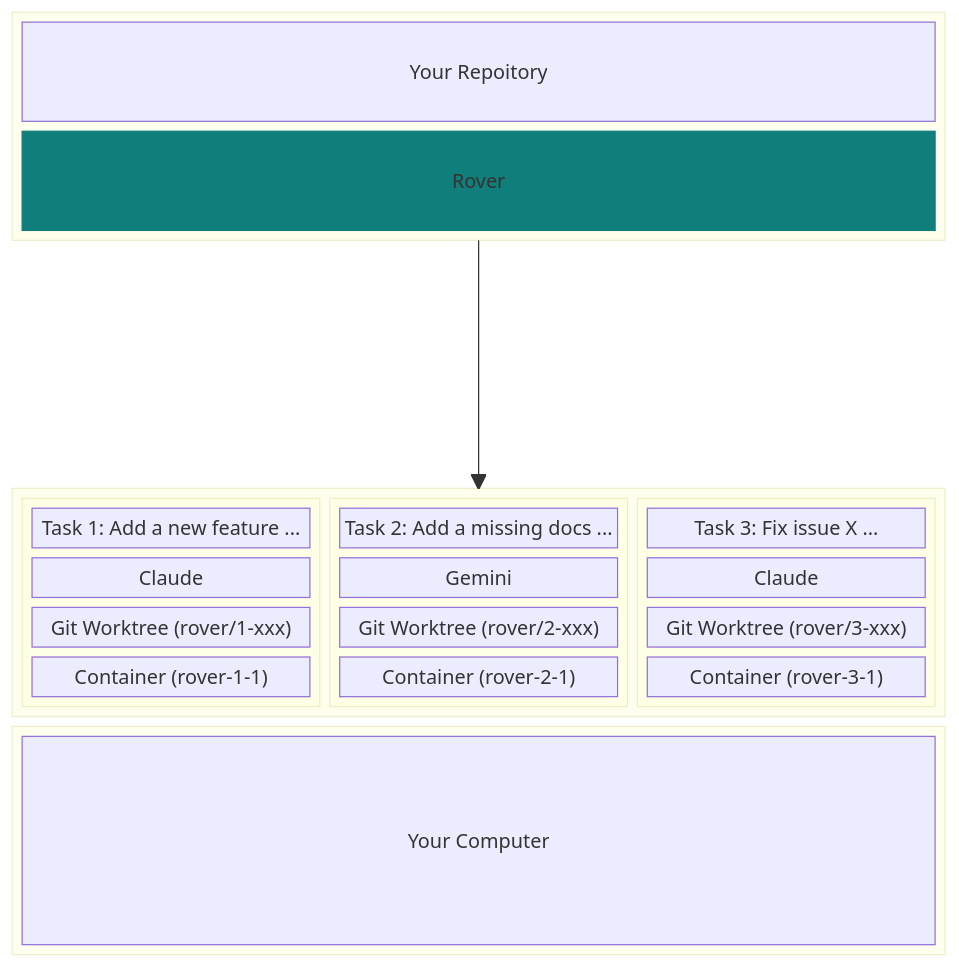
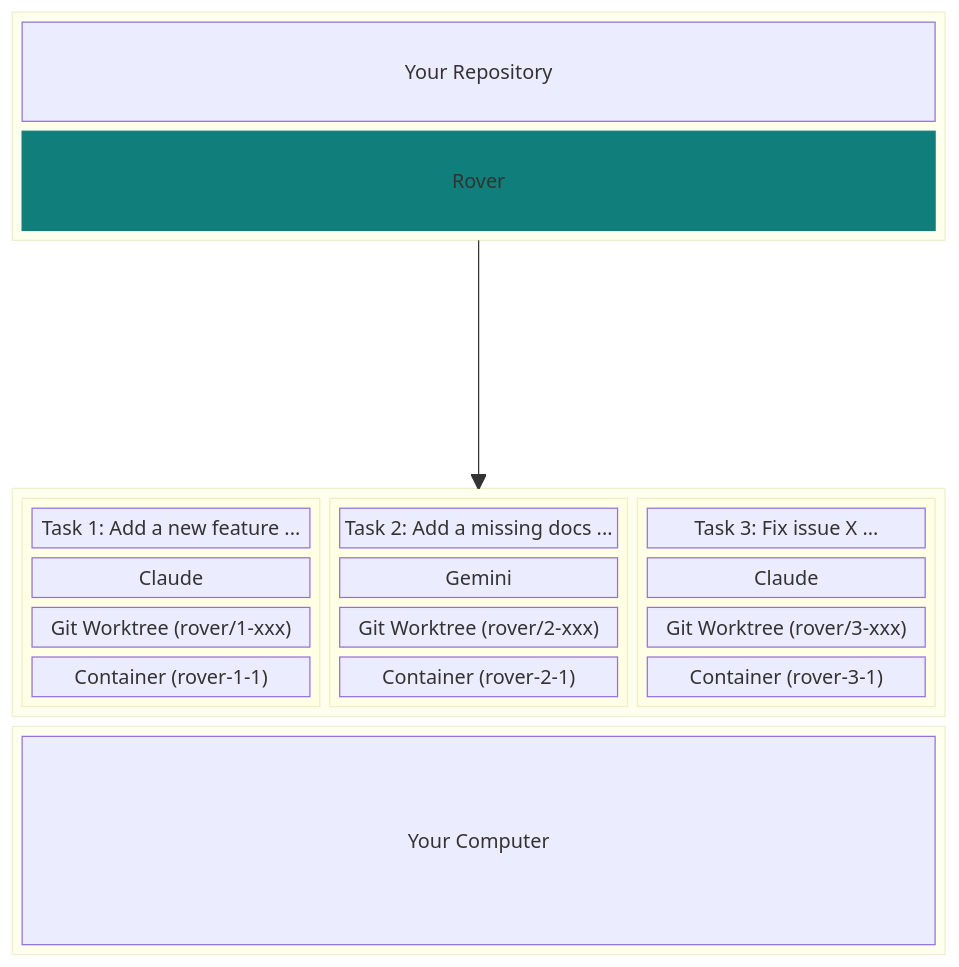
One commit to endorhq/rover changed the diagram in README.md. Above: the diagram before and after it, drawn with Mermaid. The commit also changed other lines of this file, not shown here.

````diff
--- a/README.md
+++ b/README.md
@@ -53,38 +53,38 @@
 ```mermaid
 block-beta
 columns 1
   block:Tool
     columns 1
-    Repository["Your Repoitory"]
+    Repository["Your Repository"]
     Rover
   end
   space
   block:ID
     block:group1
         columns 1
         Task1["Task 1: Add a new feature ..."]
         Agent1["Claude"]
         Repo1["Git Worktree (rover/1-xxx)"]
         Container1["Container (rover-1-1)"]
     end
     block:group2
         columns 1
         Task2["Task 2: Add a missing docs ..."]
         Agent2["Gemini"]
         Repo2["Git Worktree (rover/2-xxx)"]
         Container2["Container (rover-2-1)"]
     end
     block:group3
         columns 1
         Task3["Task 3: Fix issue X ..."]
         Agent3["Claude"]
         Repo3["Git Worktree (rover/3-xxx)"]
         Container3["Container (rover-3-1)"]
     end
   end
   block
     Computer["Your Computer"]
   end
   Tool --> ID
   style Rover fill:#107e7a,stroke:#107e7a
 ```
````
